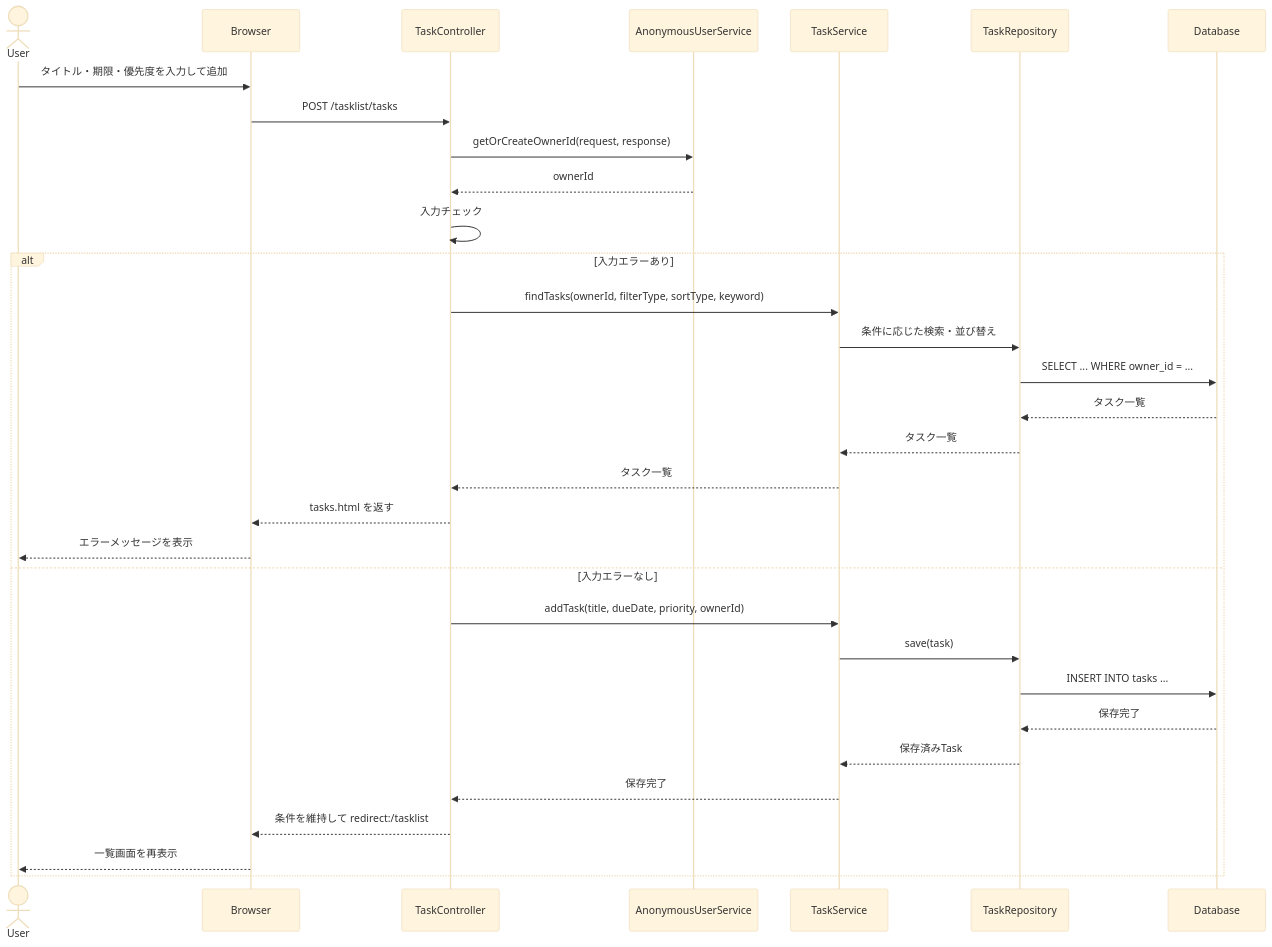
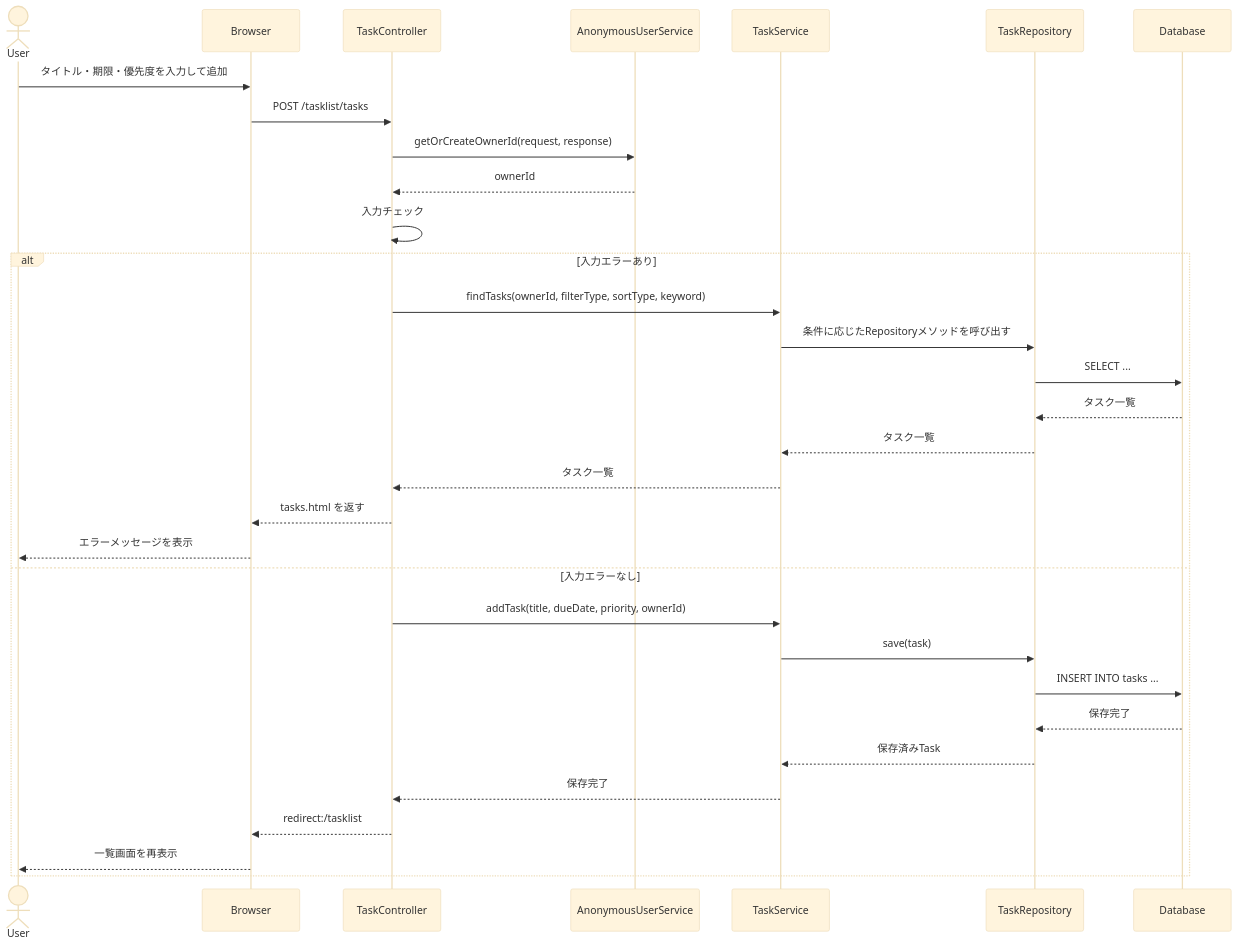
One commit to mkunori/TaskList changed the third of 5 diagrams in README.md. Above: the diagram before and after it, drawn with Mermaid (base theme). The commit also changed other lines of this file, not shown here.

````diff
--- a/README.md
+++ b/README.md
@@ -202,36 +368,36 @@
 ```mermaid
 sequenceDiagram
     actor User
     participant Browser
-    participant TaskController
-    participant AnonymousUserService
-    participant TaskService
-    participant TaskRepository
-    participant Database
+    participant Controller as TaskController
+    participant Anonymous as AnonymousUserService
+    participant Service as TaskService
+    participant Repository as TaskRepository
+    participant DB as Database
 
     User->>Browser: タイトル・期限・優先度を入力して追加
-    Browser->>TaskController: POST /tasklist/tasks
-    TaskController->>AnonymousUserService: getOrCreateOwnerId(request, response)
-    AnonymousUserService-->>TaskController: ownerId
-    TaskController->>TaskController: 入力チェック
+    Browser->>Controller: POST /tasklist/tasks
+    Controller->>Anonymous: getOrCreateOwnerId(request, response)
+    Anonymous-->>Controller: ownerId
+    Controller->>Controller: 入力チェック
 
     alt 入力エラーあり
-        TaskController->>TaskService: findTasks(ownerId, filterType, sortType, keyword)
-        TaskService->>TaskRepository: 条件に応じた検索・並び替え
-        TaskRepository->>Database: SELECT ... WHERE owner_id = ...
-        Database-->>TaskRepository: タスク一覧
-        TaskRepository-->>TaskService: タスク一覧
-        TaskService-->>TaskController: タスク一覧
-        TaskController-->>Browser: tasks.html を返す
+        Controller->>Service: findTasks(ownerId, filterType, sortType, keyword)
+        Service->>Repository: 条件に応じたRepositoryメソッドを呼び出す
+        Repository->>DB: SELECT ...
+        DB-->>Repository: タスク一覧
+        Repository-->>Service: タスク一覧
+        Service-->>Controller: タスク一覧
+        Controller-->>Browser: tasks.html を返す
         Browser-->>User: エラーメッセージを表示
     else 入力エラーなし
-        TaskController->>TaskService: addTask(title, dueDate, priority, ownerId)
-        TaskService->>TaskRepository: save(task)
-        TaskRepository->>Database: INSERT INTO tasks ...
-        Database-->>TaskRepository: 保存完了
-        TaskRepository-->>TaskService: 保存済みTask
-        TaskService-->>TaskController: 保存完了
-        TaskController-->>Browser: 条件を維持して redirect:/tasklist
+        Controller->>Service: addTask(title, dueDate, priority, ownerId)
+        Service->>Repository: save(task)
+        Repository->>DB: INSERT INTO tasks ...
+        DB-->>Repository: 保存完了
+        Repository-->>Service: 保存済みTask
+        Service-->>Controller: 保存完了
+        Controller-->>Browser: redirect:/tasklist
         Browser-->>User: 一覧画面を再表示
     end
 ```
````
